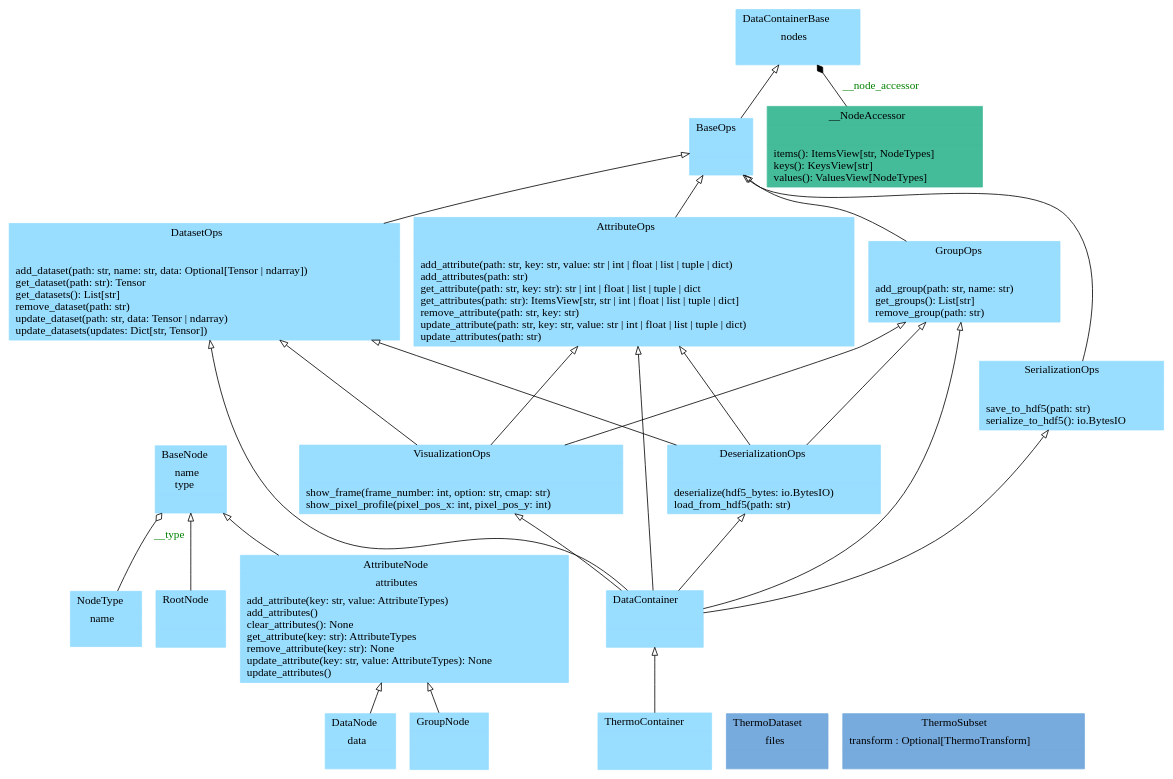
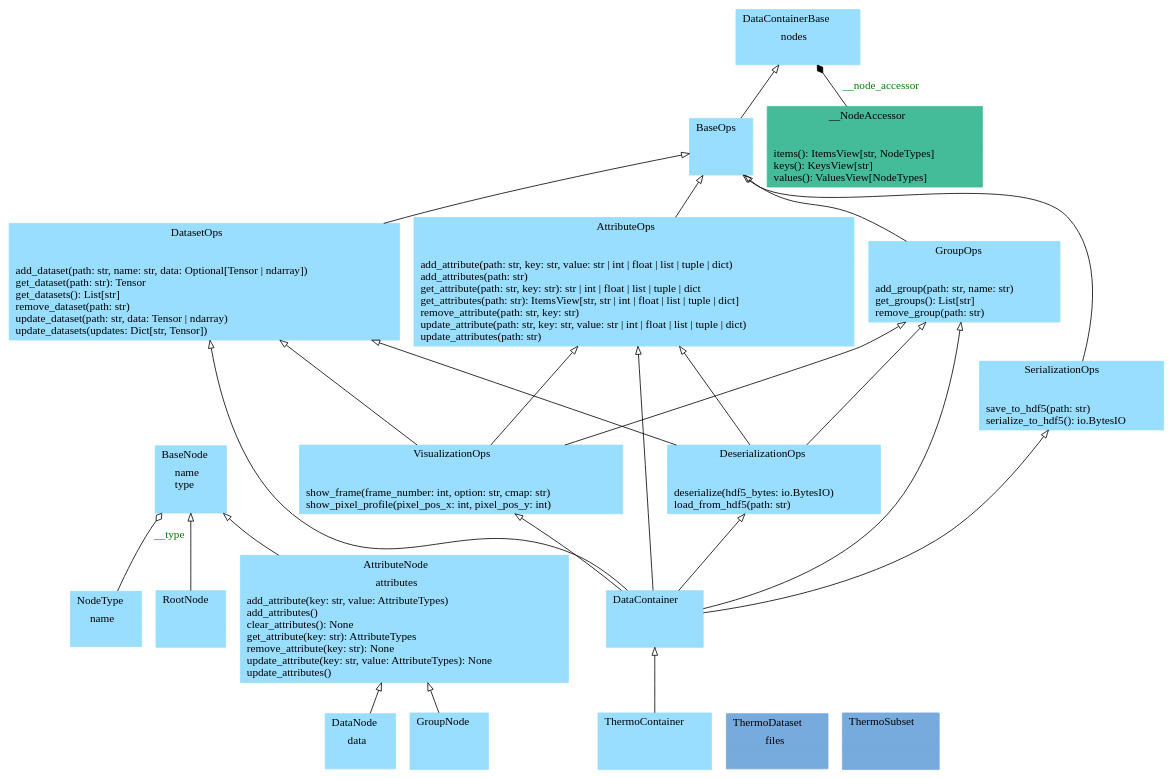
The diagram in docs/pyreverse/classes_pythermondt.data.gv (voidsy-gmbh/pyThermoNDT), drawn with Graphviz before and after one commit. The commit also changed 3 other files, not shown here.

Commit message:
Update pyreverse diagrams

```diff
--- a/docs/pyreverse/classes_pythermondt.data.gv
+++ b/docs/pyreverse/classes_pythermondt.data.gv
@@ -1,47 +1,47 @@
 digraph "classes_pythermondt.data" {
 rankdir=BT
 charset="utf-8"
 "pythermondt.data.datacontainer.node.AttributeNode" [color="#99DDFF", fontcolor="black", label=<{AttributeNode|attributes<br ALIGN="LEFT"/>|add_attribute(key: str, value: AttributeTypes)<br ALIGN="LEFT"/>add_attributes()<br ALIGN="LEFT"/>clear_attributes(): None<br ALIGN="LEFT"/>get_attribute(key: str): AttributeTypes<br ALIGN="LEFT"/>remove_attribute(key: str): None<br ALIGN="LEFT"/>update_attribute(key: str, value: AttributeTypes): None<br ALIGN="LEFT"/>update_attributes()<br ALIGN="LEFT"/>}>, shape="record", style="filled"];
 "pythermondt.data.datacontainer.attribute_ops.AttributeOps" [color="#99DDFF", fontcolor="black", label=<{AttributeOps|<br ALIGN="LEFT"/>|add_attribute(path: str, key: str, value: str \| int \| float \| list \| tuple \| dict)<br ALIGN="LEFT"/>add_attributes(path: str)<br ALIGN="LEFT"/>get_attribute(path: str, key: str): str \| int \| float \| list \| tuple \| dict<br ALIGN="LEFT"/>get_attributes(path: str): ItemsView[str, str \| int \| float \| list \| tuple \| dict]<br ALIGN="LEFT"/>remove_attribute(path: str, key: str)<br ALIGN="LEFT"/>update_attribute(path: str, key: str, value: str \| int \| float \| list \| tuple \| dict)<br ALIGN="LEFT"/>update_attributes(path: str)<br ALIGN="LEFT"/>}>, shape="record", style="filled"];
 "pythermondt.data.datacontainer.node.BaseNode" [color="#99DDFF", fontcolor="black", label=<{BaseNode|name<br ALIGN="LEFT"/>type<br ALIGN="LEFT"/>|}>, shape="record", style="filled"];
 "pythermondt.data.datacontainer.base.BaseOps" [color="#99DDFF", fontcolor="black", label=<{BaseOps|<br ALIGN="LEFT"/>|}>, shape="record", style="filled"];
 "pythermondt.data.datacontainer.core.DataContainer" [color="#99DDFF", fontcolor="black", label=<{DataContainer|<br ALIGN="LEFT"/>|}>, shape="record", style="filled"];
 "pythermondt.data.datacontainer.base.DataContainerBase" [color="#99DDFF", fontcolor="black", label=<{DataContainerBase|nodes<br ALIGN="LEFT"/>|}>, shape="record", style="filled"];
 "pythermondt.data.datacontainer.node.DataNode" [color="#99DDFF", fontcolor="black", label=<{DataNode|data<br ALIGN="LEFT"/>|}>, shape="record", style="filled"];
 "pythermondt.data.datacontainer.dataset_ops.DatasetOps" [color="#99DDFF", fontcolor="black", label=<{DatasetOps|<br ALIGN="LEFT"/>|add_dataset(path: str, name: str, data: Optional[Tensor \| ndarray])<br ALIGN="LEFT"/>get_dataset(path: str): Tensor<br ALIGN="LEFT"/>get_datasets(): List[str]<br ALIGN="LEFT"/>remove_dataset(path: str)<br ALIGN="LEFT"/>update_dataset(path: str, data: Tensor \| ndarray)<br ALIGN="LEFT"/>update_datasets(updates: Dict[str, Tensor])<br ALIGN="LEFT"/>}>, shape="record", style="filled"];
 "pythermondt.data.datacontainer.serialization_ops.DeserializationOps" [color="#99DDFF", fontcolor="black", label=<{DeserializationOps|<br ALIGN="LEFT"/>|deserialize(hdf5_bytes: io.BytesIO)<br ALIGN="LEFT"/>load_from_hdf5(path: str)<br ALIGN="LEFT"/>}>, shape="record", style="filled"];
 "pythermondt.data.datacontainer.node.GroupNode" [color="#99DDFF", fontcolor="black", label=<{GroupNode|<br ALIGN="LEFT"/>|}>, shape="record", style="filled"];
 "pythermondt.data.datacontainer.group_ops.GroupOps" [color="#99DDFF", fontcolor="black", label=<{GroupOps|<br ALIGN="LEFT"/>|add_group(path: str, name: str)<br ALIGN="LEFT"/>get_groups(): List[str]<br ALIGN="LEFT"/>remove_group(path: str)<br ALIGN="LEFT"/>}>, shape="record", style="filled"];
 "pythermondt.data.datacontainer.node.NodeType" [color="#99DDFF", fontcolor="black", label=<{NodeType|name<br ALIGN="LEFT"/>|}>, shape="record", style="filled"];
 "pythermondt.data.datacontainer.node.RootNode" [color="#99DDFF", fontcolor="black", label=<{RootNode|<br ALIGN="LEFT"/>|}>, shape="record", style="filled"];
 "pythermondt.data.datacontainer.serialization_ops.SerializationOps" [color="#99DDFF", fontcolor="black", label=<{SerializationOps|<br ALIGN="LEFT"/>|save_to_hdf5(path: str)<br ALIGN="LEFT"/>serialize_to_hdf5(): io.BytesIO<br ALIGN="LEFT"/>}>, shape="record", style="filled"];
 "pythermondt.data.datacontainer.core.ThermoContainer" [color="#99DDFF", fontcolor="black", label=<{ThermoContainer|<br ALIGN="LEFT"/>|}>, shape="record", style="filled"];
 "pythermondt.data.thermo_dataset.ThermoDataset" [color="#77AADD", fontcolor="black", label=<{ThermoDataset|files<br ALIGN="LEFT"/>|}>, shape="record", style="filled"];
-"pythermondt.data.thermo_subset.ThermoSubset" [color="#77AADD", fontcolor="black", label=<{ThermoSubset|transform : Optional[ThermoTransform]<br ALIGN="LEFT"/>|}>, shape="record", style="filled"];
+"pythermondt.data.thermo_subset.ThermoSubset" [color="#77AADD", fontcolor="black", label=<{ThermoSubset|<br ALIGN="LEFT"/>|}>, shape="record", style="filled"];
 "pythermondt.data.datacontainer.visualization_ops.VisualizationOps" [color="#99DDFF", fontcolor="black", label=<{VisualizationOps|<br ALIGN="LEFT"/>|show_frame(frame_number: int, option: str, cmap: str)<br ALIGN="LEFT"/>show_pixel_profile(pixel_pos_x: int, pixel_pos_y: int)<br ALIGN="LEFT"/>}>, shape="record", style="filled"];
 "pythermondt.data.datacontainer.base.DataContainerBase.__NodeAccessor" [color="#44BB99", fontcolor="black", label=<{__NodeAccessor|<br ALIGN="LEFT"/>|items(): ItemsView[str, NodeTypes]<br ALIGN="LEFT"/>keys(): KeysView[str]<br ALIGN="LEFT"/>values(): ValuesView[NodeTypes]<br ALIGN="LEFT"/>}>, shape="record", style="filled"];
 "pythermondt.data.datacontainer.attribute_ops.AttributeOps" -> "pythermondt.data.datacontainer.base.BaseOps" [arrowhead="empty", arrowtail="none"];
 "pythermondt.data.datacontainer.base.BaseOps" -> "pythermondt.data.datacontainer.base.DataContainerBase" [arrowhead="empty", arrowtail="none"];
 "pythermondt.data.datacontainer.core.DataContainer" -> "pythermondt.data.datacontainer.attribute_ops.AttributeOps" [arrowhead="empty", arrowtail="none"];
 "pythermondt.data.datacontainer.core.DataContainer" -> "pythermondt.data.datacontainer.dataset_ops.DatasetOps" [arrowhead="empty", arrowtail="none"];
 "pythermondt.data.datacontainer.core.DataContainer" -> "pythermondt.data.datacontainer.group_ops.GroupOps" [arrowhead="empty", arrowtail="none"];
 "pythermondt.data.datacontainer.core.DataContainer" -> "pythermondt.data.datacontainer.serialization_ops.DeserializationOps" [arrowhead="empty", arrowtail="none"];
 "pythermondt.data.datacontainer.core.DataContainer" -> "pythermondt.data.datacontainer.serialization_ops.SerializationOps" [arrowhead="empty", arrowtail="none"];
 "pythermondt.data.datacontainer.core.DataContainer" -> "pythermondt.data.datacontainer.visualization_ops.VisualizationOps" [arrowhead="empty", arrowtail="none"];
 "pythermondt.data.datacontainer.core.ThermoContainer" -> "pythermondt.data.datacontainer.core.DataContainer" [arrowhead="empty", arrowtail="none"];
 "pythermondt.data.datacontainer.dataset_ops.DatasetOps" -> "pythermondt.data.datacontainer.base.BaseOps" [arrowhead="empty", arrowtail="none"];
 "pythermondt.data.datacontainer.group_ops.GroupOps" -> "pythermondt.data.datacontainer.base.BaseOps" [arrowhead="empty", arrowtail="none"];
 "pythermondt.data.datacontainer.node.AttributeNode" -> "pythermondt.data.datacontainer.node.BaseNode" [arrowhead="empty", arrowtail="none"];
 "pythermondt.data.datacontainer.node.DataNode" -> "pythermondt.data.datacontainer.node.AttributeNode" [arrowhead="empty", arrowtail="none"];
 "pythermondt.data.datacontainer.node.GroupNode" -> "pythermondt.data.datacontainer.node.AttributeNode" [arrowhead="empty", arrowtail="none"];
 "pythermondt.data.datacontainer.node.RootNode" -> "pythermondt.data.datacontainer.node.BaseNode" [arrowhead="empty", arrowtail="none"];
 "pythermondt.data.datacontainer.serialization_ops.DeserializationOps" -> "pythermondt.data.datacontainer.attribute_ops.AttributeOps" [arrowhead="empty", arrowtail="none"];
 "pythermondt.data.datacontainer.serialization_ops.DeserializationOps" -> "pythermondt.data.datacontainer.dataset_ops.DatasetOps" [arrowhead="empty", arrowtail="none"];
 "pythermondt.data.datacontainer.serialization_ops.DeserializationOps" -> "pythermondt.data.datacontainer.group_ops.GroupOps" [arrowhead="empty", arrowtail="none"];
 "pythermondt.data.datacontainer.serialization_ops.SerializationOps" -> "pythermondt.data.datacontainer.base.BaseOps" [arrowhead="empty", arrowtail="none"];
 "pythermondt.data.datacontainer.visualization_ops.VisualizationOps" -> "pythermondt.data.datacontainer.attribute_ops.AttributeOps" [arrowhead="empty", arrowtail="none"];
 "pythermondt.data.datacontainer.visualization_ops.VisualizationOps" -> "pythermondt.data.datacontainer.dataset_ops.DatasetOps" [arrowhead="empty", arrowtail="none"];
 "pythermondt.data.datacontainer.visualization_ops.VisualizationOps" -> "pythermondt.data.datacontainer.group_ops.GroupOps" [arrowhead="empty", arrowtail="none"];
 "pythermondt.data.datacontainer.base.DataContainerBase.__NodeAccessor" -> "pythermondt.data.datacontainer.base.DataContainerBase" [arrowhead="diamond", arrowtail="none", fontcolor="green", label="__node_accessor", style="solid"];
 "pythermondt.data.datacontainer.node.NodeType" -> "pythermondt.data.datacontainer.node.BaseNode" [arrowhead="odiamond", arrowtail="none", fontcolor="green", label="__type", style="solid"];
 }
```
